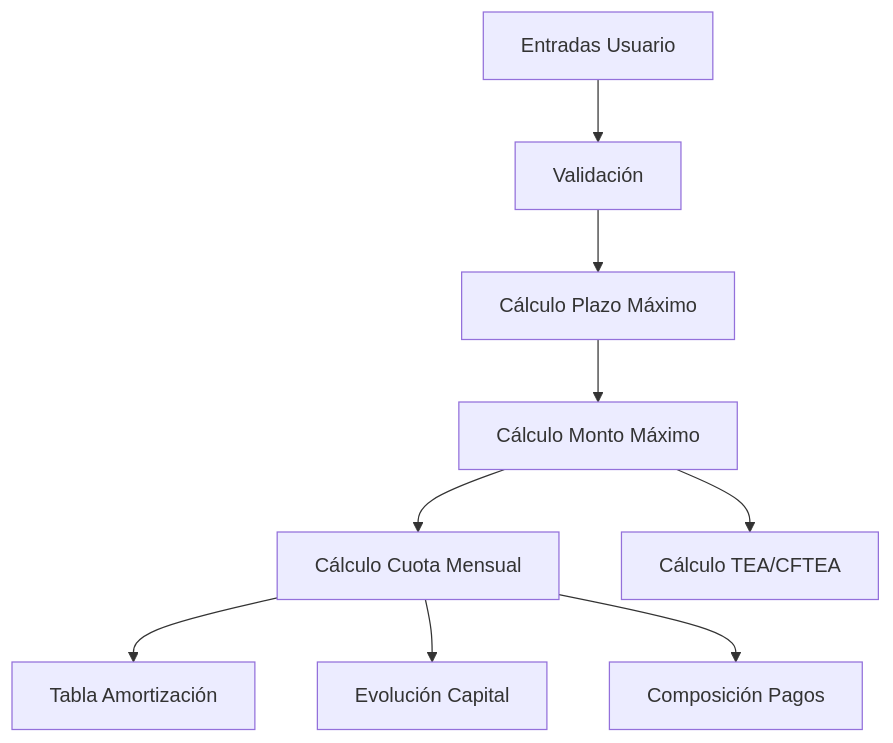
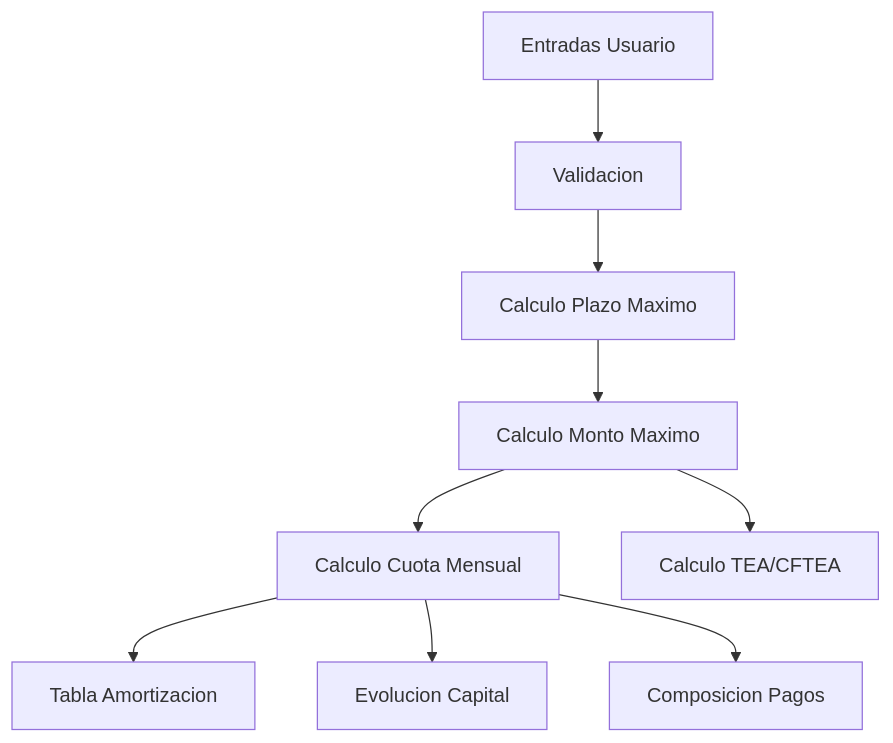
Diagram 13 of 14 in formulas/README.md (santiagoblanco22/calculator_dayana), drawn with Mermaid before and after one commit. The commit also changed other lines of this file and 3 other files, not shown here.

````diff
--- a/formulas/README.md
+++ b/formulas/README.md
@@ -385,11 +385,11 @@
 ```mermaid
 graph TD
-    A[Entradas Usuario] --> B[Validación]
-    B --> C[Cálculo Plazo Máximo]
-    C --> D[Cálculo Monto Máximo]
-    D --> E[Cálculo Cuota Mensual]
-    E --> F1[Tabla Amortización]
-    E --> F2[Evolución Capital]
-    E --> F3[Composición Pagos]
-    D --> G[Cálculo TEA/CFTEA]
+    A[Entradas Usuario] --> B[Validacion]
+    B --> C[Calculo Plazo Maximo]
+    C --> D[Calculo Monto Maximo]
+    D --> E[Calculo Cuota Mensual]
+    E --> F1[Tabla Amortizacion]
+    E --> F2[Evolucion Capital]
+    E --> F3[Composicion Pagos]
+    D --> G[Calculo TEA/CFTEA]
 ```
````
